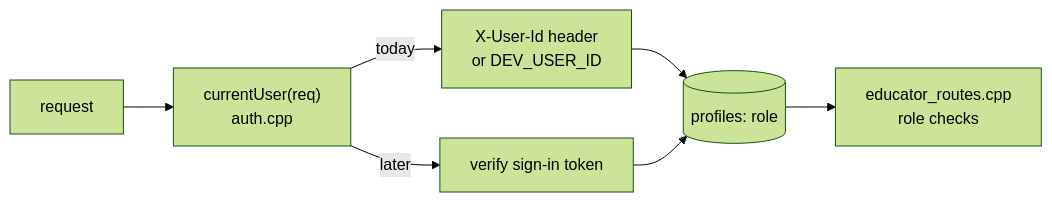
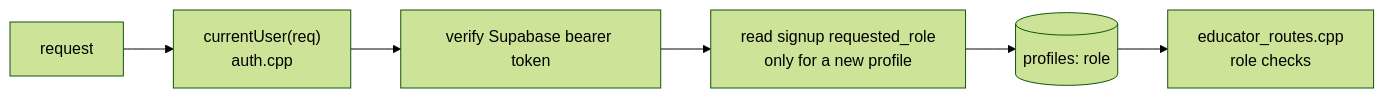
The fourth of 4 diagrams in docs/educator-portal.md (VU-RASL/MTSU-2026), drawn with Mermaid (forest theme) before and after one commit. The commit also changed other lines of this file and 17 other files, not shown here.

Commit message:
Login and holding the auth token is now also in frontend. You can register for an account as well now. Header now changes based on role and if logged in.

````diff
--- a/docs/educator-portal.md
+++ b/docs/educator-portal.md
@@ -147,9 +143,8 @@
 ```mermaid
 flowchart LR
     R[request] --> C["currentUser(req)<br/>auth.cpp"]
-    C -->|today| H["X-User-Id header<br/>or DEV_USER_ID"]
-    C -->|later| T[verify sign-in token]
-    H --> P[(profiles: role)]
-    T --> P
+    C --> T["verify Supabase bearer token"]
+    T --> M["read signup requested_role<br/>only for a new profile"]
+    M --> P[(profiles: role)]
     P --> Routes[educator_routes.cpp<br/>role checks]
 ```
````
